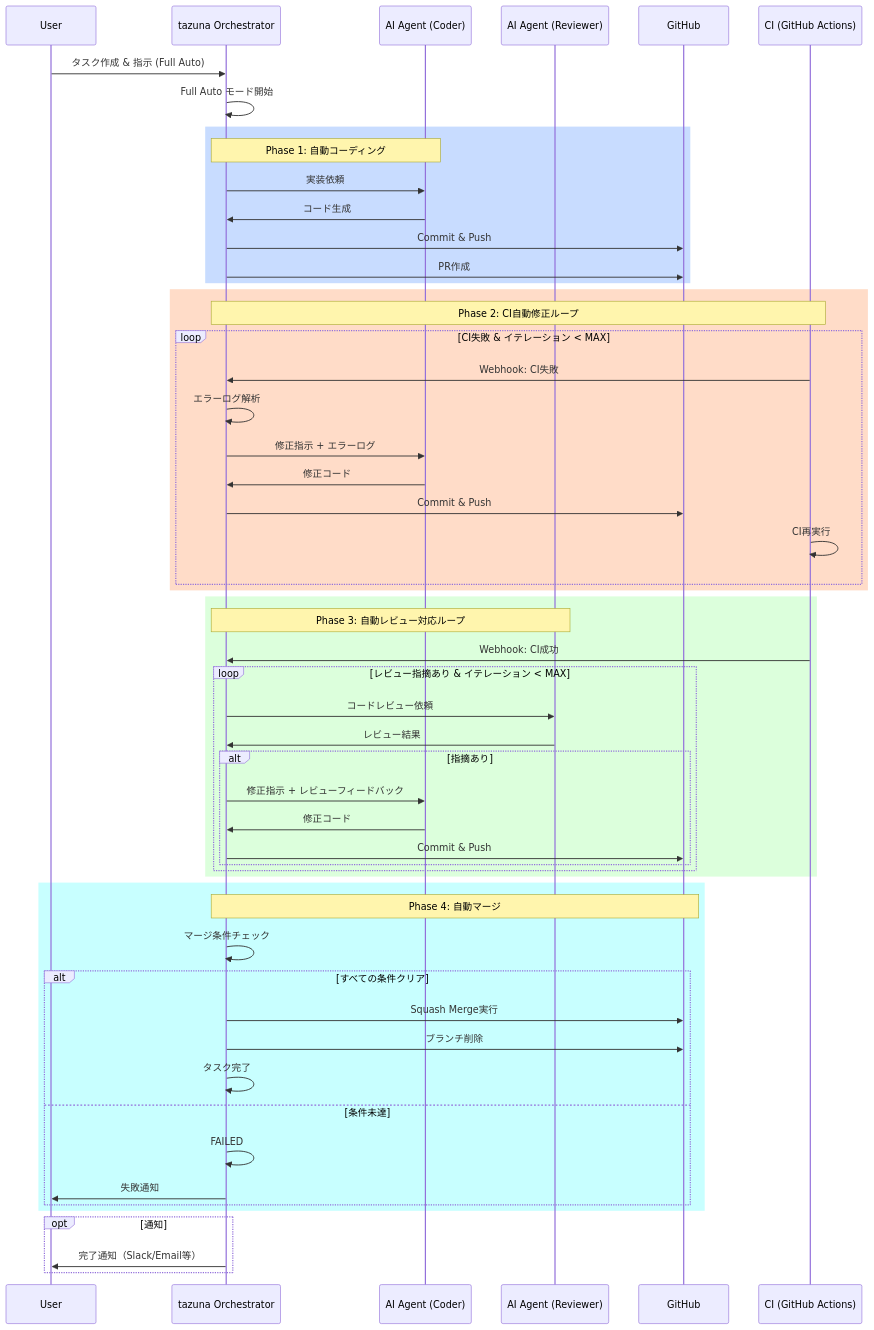
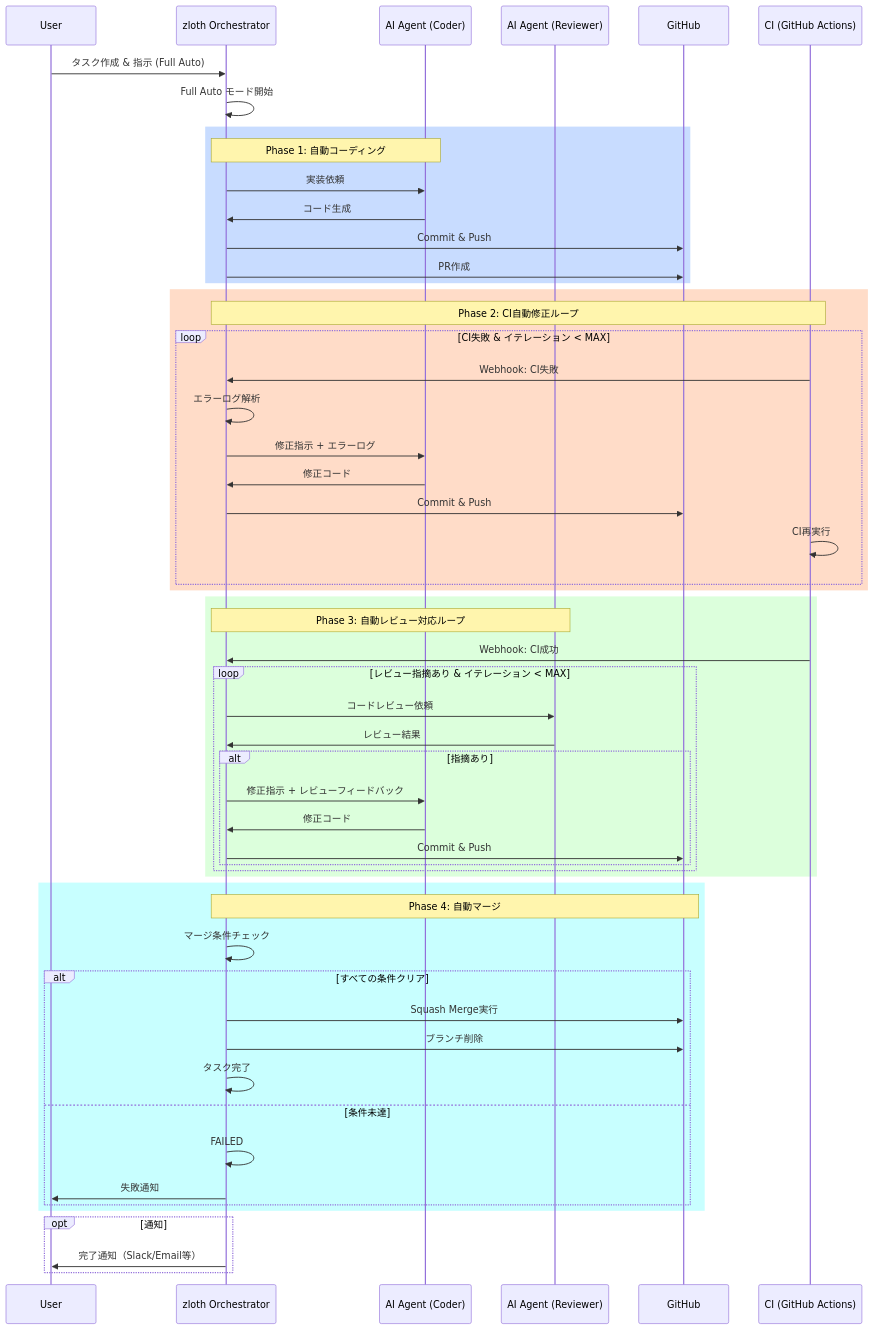
The seventh of 16 diagrams in docs/coding-mode.md (hampen2929/zloth), drawn with Mermaid before and after one commit. The commit also changed other lines of this file and 175 other files, not shown here.

````diff
--- a/docs/coding-mode.md
+++ b/docs/coding-mode.md
@@ -274,63 +274,63 @@
 ```mermaid
 sequenceDiagram
     participant U as User
-    participant D as tazuna Orchestrator
+    participant D as zloth Orchestrator
     participant AI as AI Agent (Coder)
     participant R as AI Agent (Reviewer)
     participant GH as GitHub
     participant CI as CI (GitHub Actions)
 
     U->>D: タスク作成 & 指示 (Full Auto)
     D->>D: Full Auto モード開始
 
     rect rgb(200, 220, 255)
         Note over D,AI: Phase 1: 自動コーディング
         D->>AI: 実装依頼
         AI->>D: コード生成
         D->>GH: Commit & Push
         D->>GH: PR作成
     end
 
     rect rgb(255, 220, 200)
         Note over D,CI: Phase 2: CI自動修正ループ
         loop CI失敗 & イテレーション < MAX
             CI->>D: Webhook: CI失敗
             D->>D: エラーログ解析
             D->>AI: 修正指示 + エラーログ
             AI->>D: 修正コード
             D->>GH: Commit & Push
             CI->>CI: CI再実行
         end
     end
 
     rect rgb(220, 255, 220)
         Note over D,R: Phase 3: 自動レビュー対応ループ
         CI->>D: Webhook: CI成功
         loop レビュー指摘あり & イテレーション < MAX
             D->>R: コードレビュー依頼
             R->>D: レビュー結果
             alt 指摘あり
                 D->>AI: 修正指示 + レビューフィードバック
                 AI->>D: 修正コード
                 D->>GH: Commit & Push
             end
         end
     end
 
     rect rgb(200, 255, 255)
         Note over D,GH: Phase 4: 自動マージ
         D->>D: マージ条件チェック
         alt すべての条件クリア
             D->>GH: Squash Merge実行
             D->>GH: ブランチ削除
             D->>D: タスク完了
         else 条件未達
             D->>D: FAILED
             D->>U: 失敗通知
         end
     end
 
     opt 通知
         D->>U: 完了通知（Slack/Email等）
     end
 ```
````
